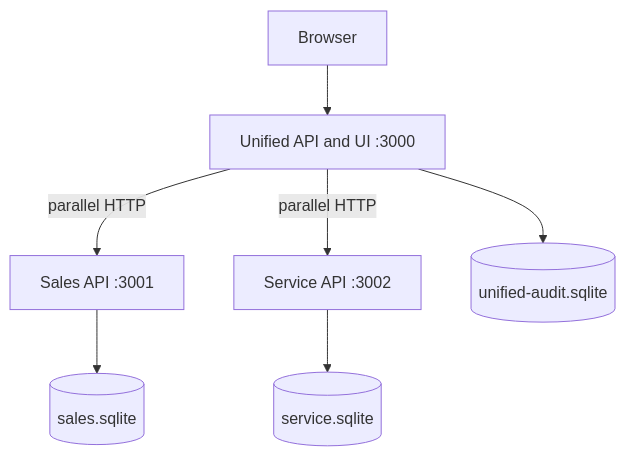
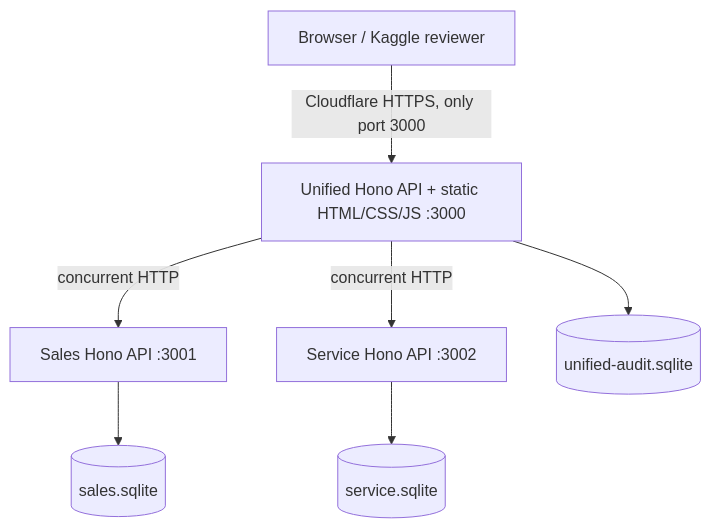
The first of 2 diagrams in docs/SYSTEM-DESIGN.md (dangkhoa2016/Keyloop-Scenario-D-Unified-Document-Viewer), drawn with Mermaid before and after one commit. The commit also changed other lines of this file and 4 other files, not shown here.

````diff
--- a/docs/SYSTEM-DESIGN.md
+++ b/docs/SYSTEM-DESIGN.md
@@ -9,9 +9,9 @@
 ```mermaid
 flowchart TD
-Browser --> Unified[Unified API and UI :3000]
-Unified -->|parallel HTTP| Sales[Sales API :3001]
-Unified -->|parallel HTTP| Service[Service API :3002]
-Sales --> SDB[(sales.sqlite)]
-Service --> VDB[(service.sqlite)]
-Unified --> ADB[(unified-audit.sqlite)]
+  Browser[Browser / Kaggle reviewer] -->|Cloudflare HTTPS, only port 3000| U[Unified Hono API + static HTML/CSS/JS :3000]
+  U -->|concurrent HTTP| S[Sales Hono API :3001]
+  U -->|concurrent HTTP| V[Service Hono API :3002]
+  S --> SD[(sales.sqlite)]
+  V --> VD[(service.sqlite)]
+  U --> AD[(unified-audit.sqlite)]
 ```
````
